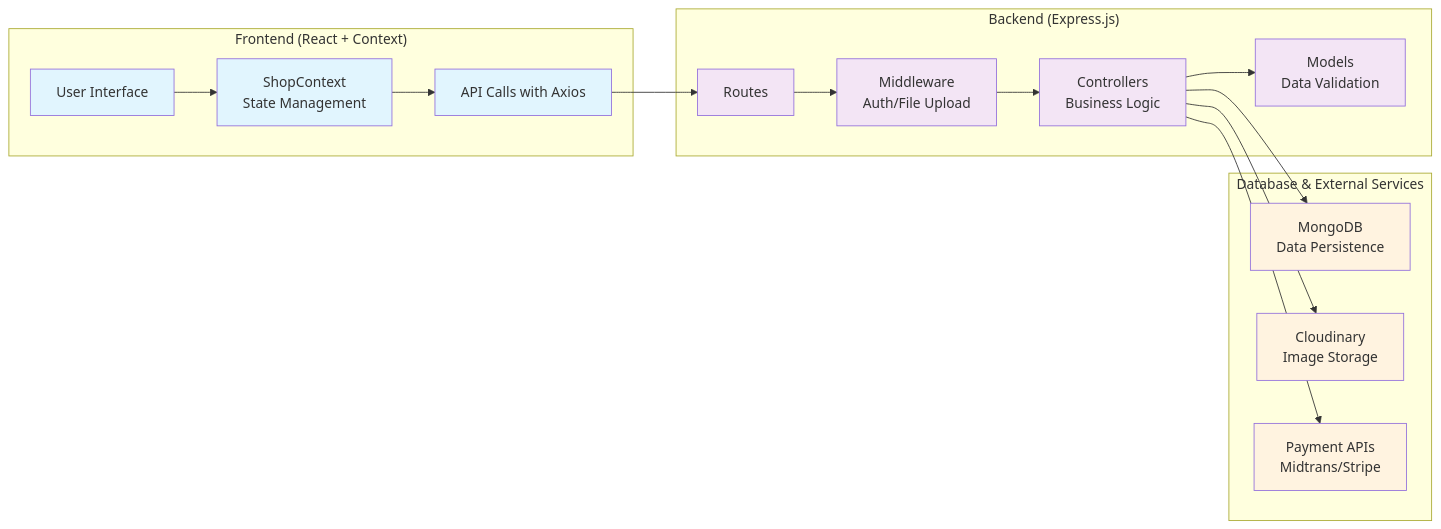
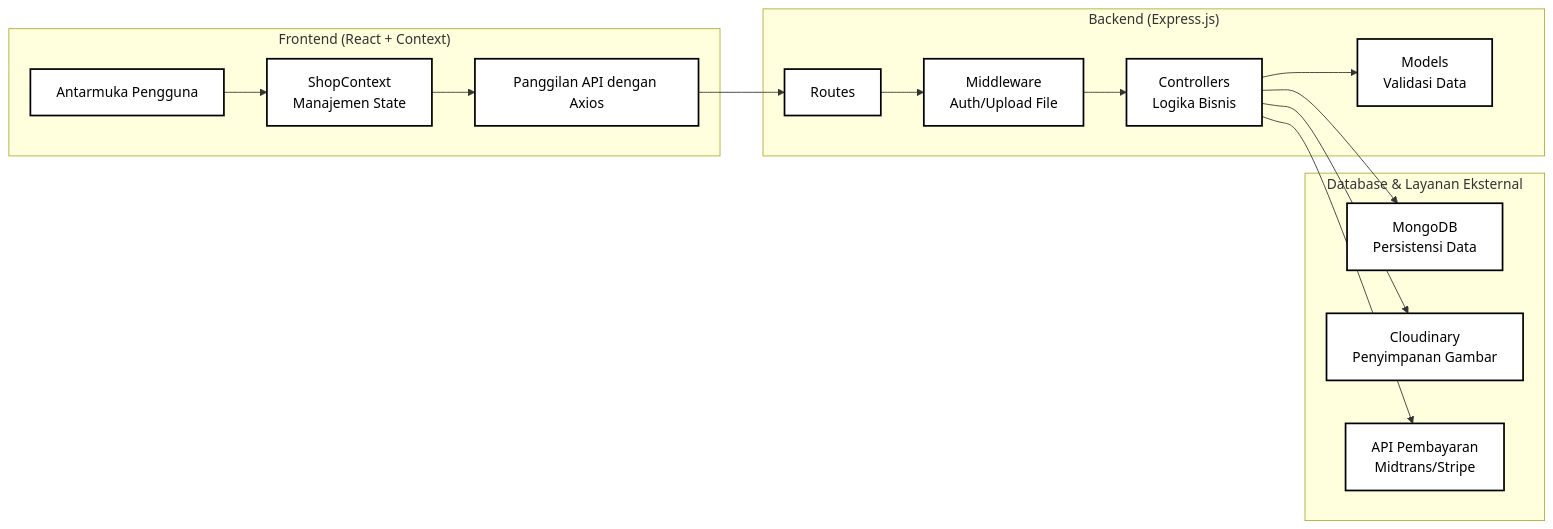
One commit to Grinti123/gerai-ayra-fullstack changed the sixth of 10 diagrams in README.md. Above: the diagram before and after it, drawn with Mermaid. The commit also changed other lines of this file, not shown here.

````diff
--- a/README.md
+++ b/README.md
@@ -218,40 +194,36 @@
 ```mermaid
 graph LR
     subgraph "Frontend (React + Context)"
-        A1[User Interface]
-        A2[ShopContext<br/>State Management]
-        A3[API Calls with Axios]
+        A1[Antarmuka Pengguna]
+        A2[ShopContext<br/>Manajemen State]
+        A3[Panggilan API dengan Axios]
     end
 
     subgraph "Backend (Express.js)"
         B1[Routes]
-        B2[Middleware<br/>Auth/File Upload]
-        B3[Controllers<br/>Business Logic]
-        B4[Models<br/>Data Validation]
+        B2[Middleware<br/>Auth/Upload File]
+        B3[Controllers<br/>Logika Bisnis]
+        B4[Models<br/>Validasi Data]
     end
 
-    subgraph "Database & External Services"
-        C1[MongoDB<br/>Data Persistence]
-        C2[Cloudinary<br/>Image Storage]
-        C3[Payment APIs<br/>Midtrans/Stripe]
+    subgraph "Database & Layanan Eksternal"
+        C1[MongoDB<br/>Persistensi Data]
+        C2[Cloudinary<br/>Penyimpanan Gambar]
+        C3[API Pembayaran<br/>Midtrans/Stripe]
     end
 
     A1 --> A2
     A2 --> A3
     A3 --> B1
     B1 --> B2
     B2 --> B3
     B3 --> B4
 
     B3 --> C1
     B3 --> C2
     B3 --> C3
 
-    classDef frontend fill:#e1f5fe
-    classDef backend fill:#f3e5f5
-    classDef database fill:#fff3e0
+    classDef default fill:#ffffff,stroke:#000000,stroke-width:2px,color:#000000
 
-    class A1,A2,A3 frontend
-    class B1,B2,B3,B4 backend
-    class C1,C2,C3 database
+    class A1,A2,A3,B1,B2,B3,B4,C1,C2,C3 default
 ```
````
